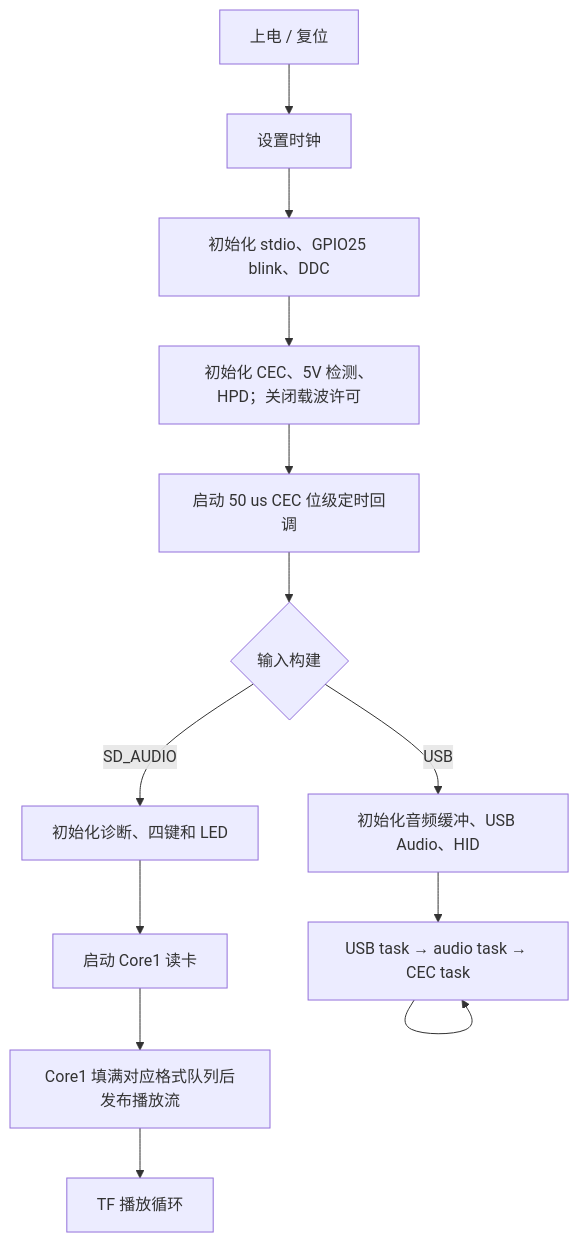
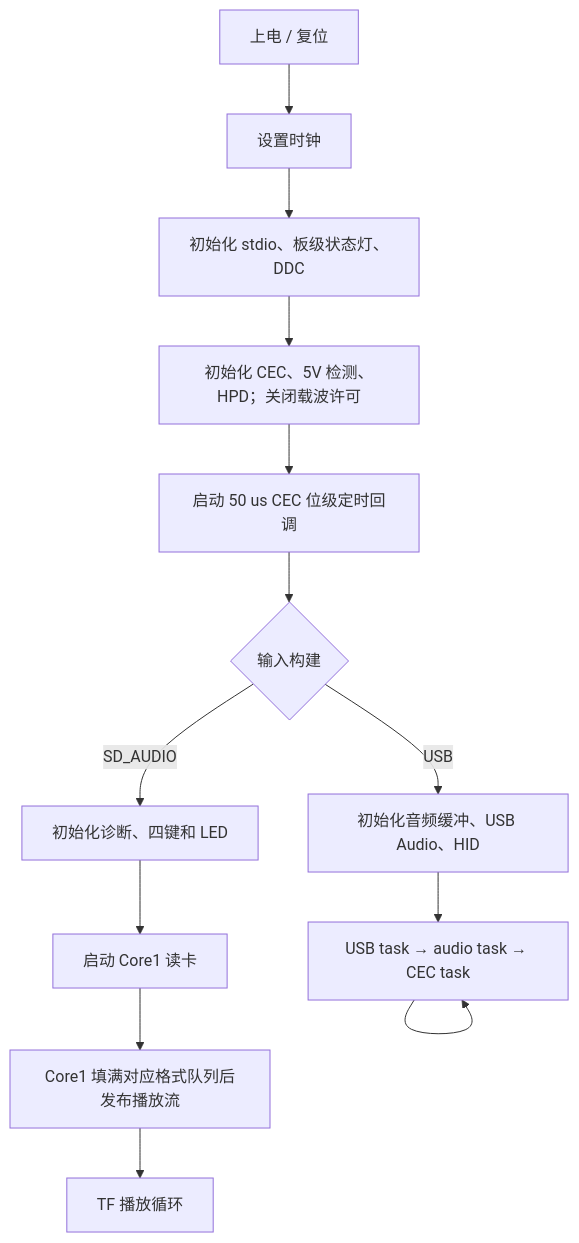
Before and after one commit to Leihognlun/pico-dac2: the second of 5 diagrams in PROGRAM_LOGIC.md, drawn with Mermaid. The commit also changed other lines of this file and 57 other files, not shown here.

````diff
--- a/PROGRAM_LOGIC.md
+++ b/PROGRAM_LOGIC.md
@@ -78,15 +82,15 @@
 ```mermaid
 flowchart TD
     BOOT[上电 / 复位] --> CLOCK[设置时钟]
-    CLOCK --> INIT[初始化 stdio、GPIO25 blink、DDC]
+    CLOCK --> INIT[初始化 stdio、板级状态灯、DDC]
     INIT --> CEC[初始化 CEC、5V 检测、HPD；关闭载波许可]
     CEC --> TIMER[启动 50 us CEC 位级定时回调]
     TIMER --> MODE{输入构建}
     MODE -->|SD_AUDIO| KEYS[初始化诊断、四键和 LED]
     KEYS --> CORE[启动 Core1 读卡]
     CORE --> PRE[Core1 填满对应格式队列后发布播放流]
     PRE --> SD[TF 播放循环]
     MODE -->|USB| USB[初始化音频缓冲、USB Audio、HID]
     USB --> LOOP[USB task → audio task → CEC task]
     LOOP --> LOOP
 ```
````
